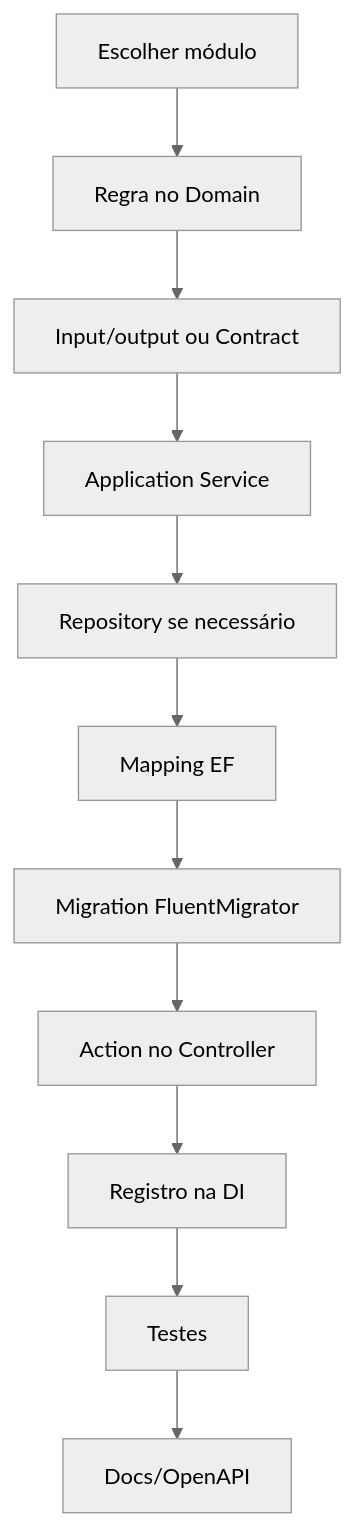
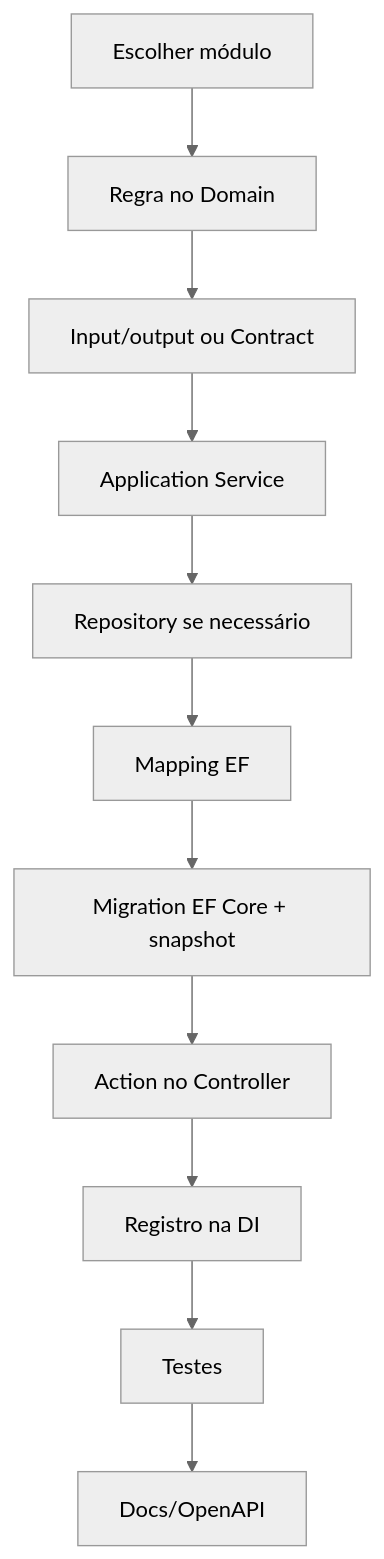
One commit to MarinsPedro/Fiap changed the seventh of 7 diagrams in docs/architecture/diagrams.md. Above: the diagram before and after it, drawn with Mermaid (neutral theme). The commit also changed other lines of this file and 237 other files, not shown here.

````diff
--- a/docs/architecture/diagrams.md
+++ b/docs/architecture/diagrams.md
@@ -95,13 +98,13 @@
 ```mermaid
 flowchart TD
     Choose["Escolher módulo"] --> Domain["Regra no Domain"]
     Domain --> Contract["Input/output ou Contract"]
     Contract --> App["Application Service"]
     App --> Repo["Repository se necessário"]
     Repo --> Mapping["Mapping EF"]
-    Mapping --> Migration["Migration FluentMigrator"]
+    Mapping --> Migration["Migration EF Core + snapshot"]
     Migration --> Controller["Action no Controller"]
     Controller --> DI["Registro na DI"]
     DI --> Tests["Testes"]
     Tests --> Docs["Docs/OpenAPI"]
 ```
````
